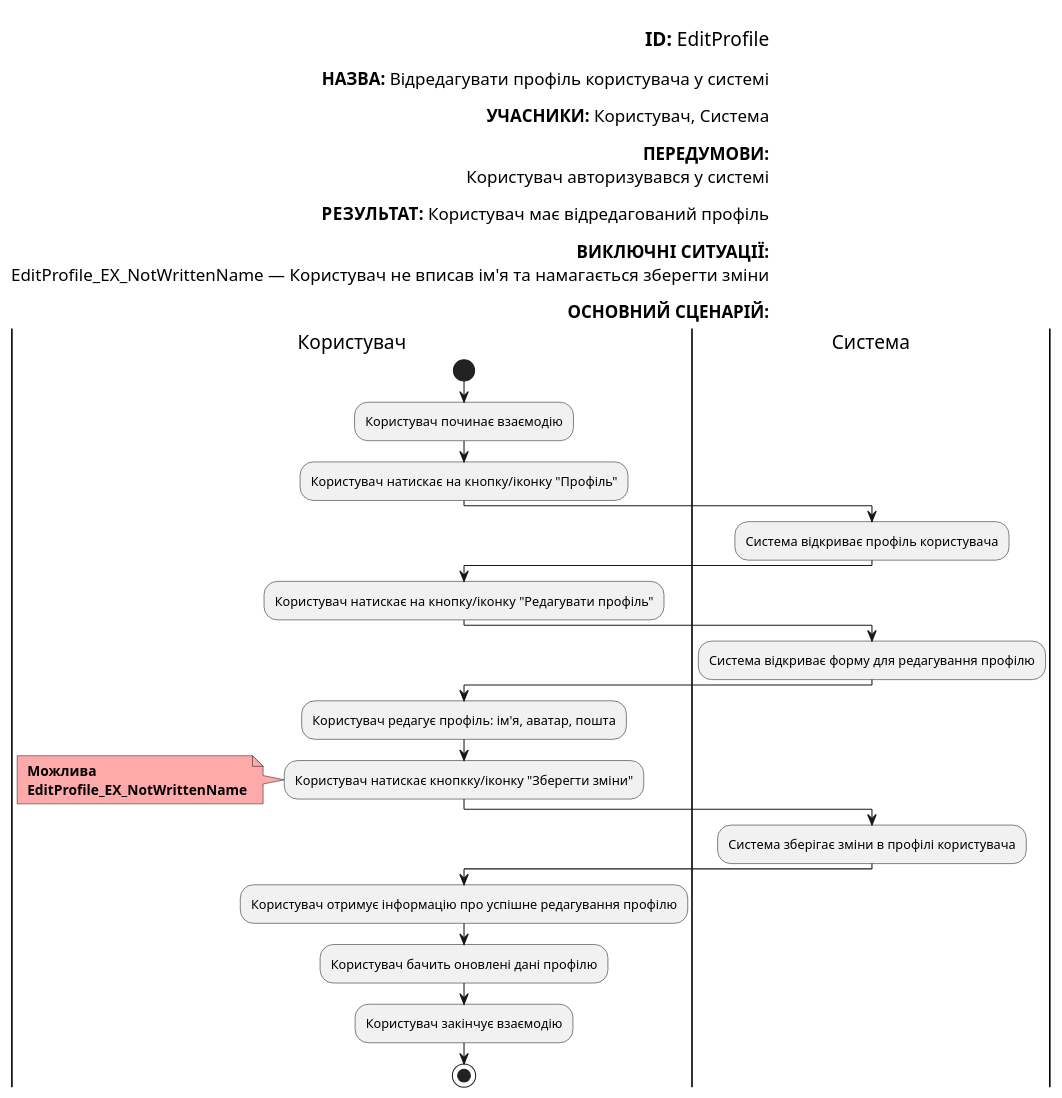
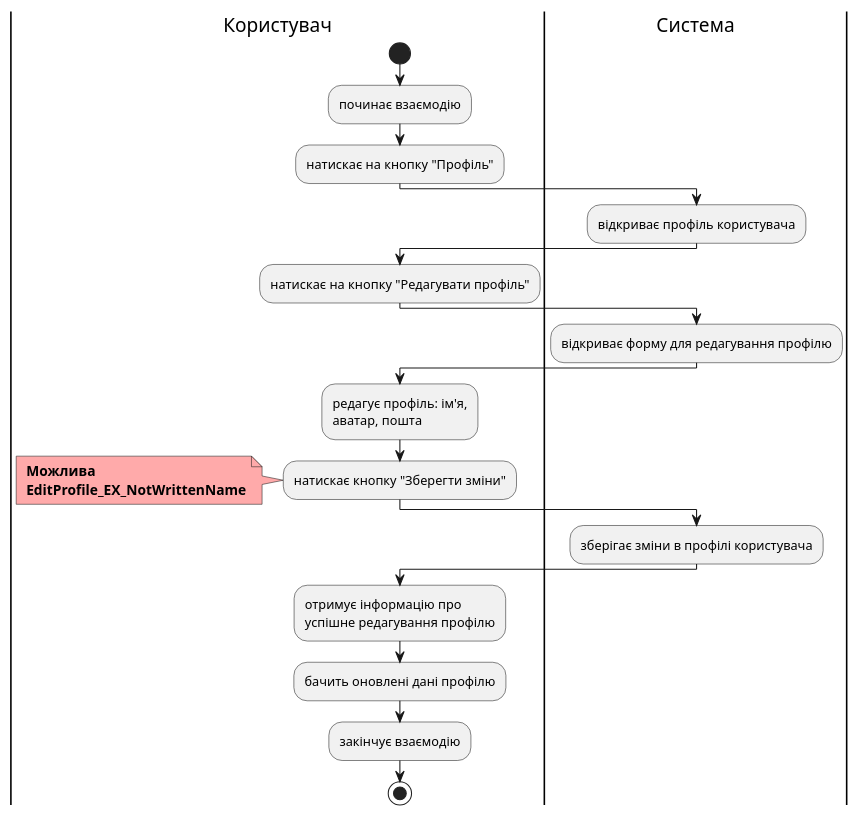
One commit to yaryna-bashchak/db_course_work changed the ninth of 24 diagrams in docs/use cases/README.md. Above: the diagram before and after it, drawn with PlantUML. The commit also changed other lines of this file, not shown here.

Commit message:
updated diagrams for user cases

```diff
--- a/docs/use cases/README.md
+++ b/docs/use cases/README.md
@@ -353,51 +349,34 @@
 @startuml
-
-    left header
-
-        <font color=000 size=18><b>ID:</b> EditProfile
-
-        <font color=000 size=16><b>НАЗВА:</b> Відредагувати профіль користувача у системі
-
-        <font color=000 size=16><b>УЧАСНИКИ:</b> Користувач, Система
-
-        <font color=000 size=16><b>ПЕРЕДУМОВИ:</b> 
-        <font color=000 size=16>Користувач авторизувався у системі
-
-        <font color=000 size=16><b>РЕЗУЛЬТАТ:</b> Користувач має відредагований профіль
-        
-        <font color=000 size=16><b>ВИКЛЮЧНІ СИТУАЦІЇ:</b>
-        <font color=000 size=16> EditProfile_EX_NotWrittenName — Користувач не вписав ім'я та намагається зберегти зміни
-
-        <font color=000 size=16><b>ОСНОВНИЙ СЦЕНАРІЙ:</b>
-    end header
 
     |Користувач|
         start
-        :Користувач починає взаємодію;
+        :починає взаємодію;
         
-        :Користувач натискає на кнопку/іконку "Профіль";
+        :натискає на кнопку "Профіль";
     |Система|
-        :Система відкриває профіль користувача;
+        :відкриває профіль користувача;
     |Користувач|
-        :Користувач натискає на кнопку/іконку "Редагувати профіль";
+        :натискає на кнопку "Редагувати профіль";
     |Система|
-        :Система відкриває форму для редагування профілю;
+        :відкриває форму для редагування профілю;
     |Користувач|
-        :Користувач редагує профіль: ім'я, аватар, пошта;
-        :Користувач натискає кнопкку/іконку "Зберегти зміни";
+        :редагує профіль: ім'я, 
+        аватар, пошта;
+        :натискає кнопку "Зберегти зміни";
         note left #ffaaaa
         <b> Можлива
         <b> EditProfile_EX_NotWrittenName
         end note 
     |Система|
-        :Система зберігає зміни в профілі користувача;
+        :зберігає зміни в профілі користувача;
     |Користувач|
-        :Користувач отримує інформацію про успішне редагування профілю;
+        :отримує інформацію про 
+        успішне редагування профілю;
     
-        :Користувач бачить оновлені дані профілю;
+        :бачить оновлені дані профілю;
     
-        :Користувач закінчує взаємодію;
+        :закінчує взаємодію;
 
         stop;
 
 @enduml
```
